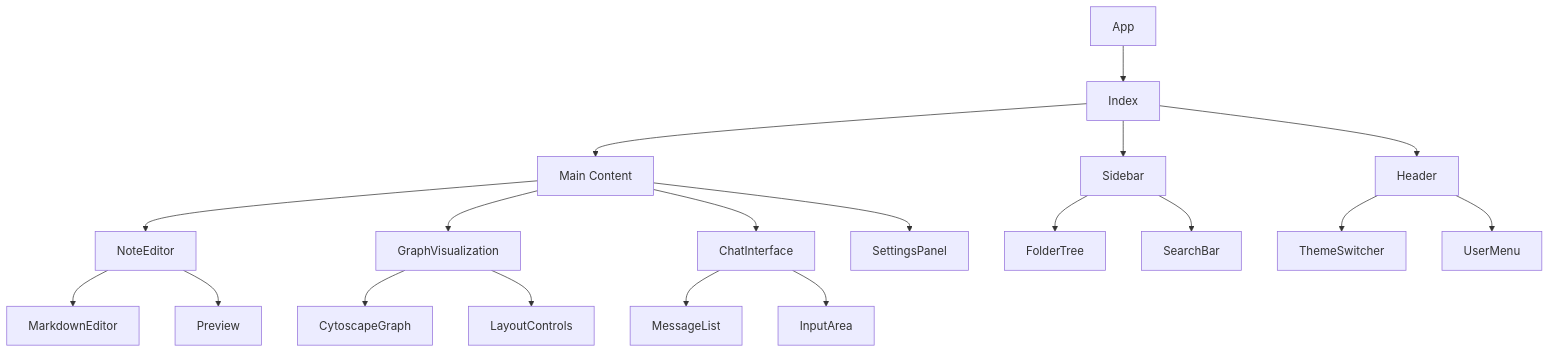
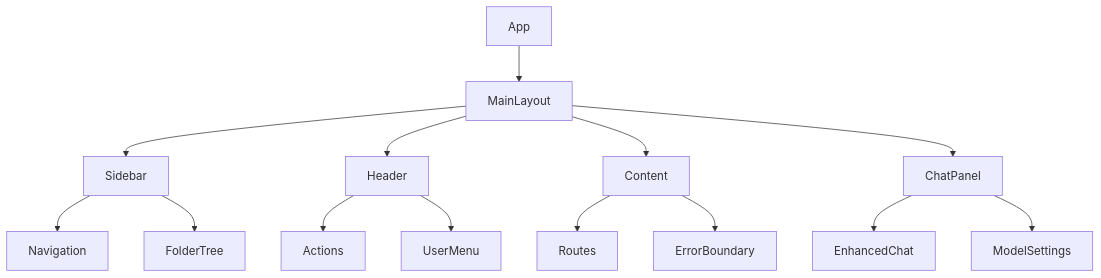
The eighth of 11 diagrams in docs/components.md (SimoKiihamaki/cognicore), drawn with Mermaid before and after one commit. The commit also changed other lines of this file and 129 other files, not shown here.

````diff
--- a/docs/components.md
+++ b/docs/components.md
@@ -120,26 +178,20 @@
 ```mermaid
 graph TD
-    A[App] --> B[Index]
+    A[App] --> B[MainLayout]
     B --> C[Sidebar]
     B --> D[Header]
-    B --> E[Main Content]
-    E --> F[NoteEditor]
-    E --> G[GraphVisualization]
-    E --> H[ChatInterface]
-    E --> I[SettingsPanel]
+    B --> E[Content]
+    B --> F[ChatPanel]
     
-    C --> J[FolderTree]
-    C --> K[SearchBar]
+    C --> G[Navigation]
+    C --> H[FolderTree]
     
-    D --> L[ThemeSwitcher]
-    D --> M[UserMenu]
+    D --> I[Actions]
+    D --> J[UserMenu]
     
-    F --> N[MarkdownEditor]
-    F --> O[Preview]
+    E --> K[Routes]
+    E --> L[ErrorBoundary]
     
-    G --> P[CytoscapeGraph]
-    G --> Q[LayoutControls]
-    
-    H --> R[MessageList]
-    H --> S[InputArea]
+    F --> M[EnhancedChat]
+    F --> N[ModelSettings]
 ```
````
